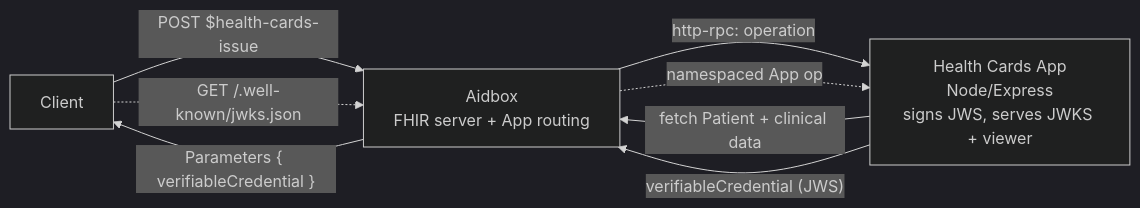
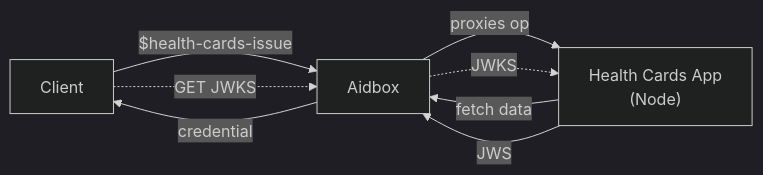
Before and after one commit to Aidbox/examples: the first of 4 diagrams in aidbox-custom-operations/aidbox-health-card-issue/README.md, drawn with Mermaid (dark theme). The commit also changed other lines of this file and 3 other files, not shown here.

First line of the commit message:
health cards: QR EC-level L (<=v22), max compression, prune empties + drop dangling refs

````diff
--- a/aidbox-custom-operations/aidbox-health-card-issue/README.md
+++ b/aidbox-custom-operations/aidbox-health-card-issue/README.md
@@ -14,14 +14,14 @@
 ```mermaid
 flowchart LR
     Client["Client"]
-    Aidbox["Aidbox<br/>FHIR server + App routing"]
-    App["Health Cards App<br/>Node/Express<br/>signs JWS, serves JWKS + viewer"]
+    Aidbox["Aidbox"]
+    App["Health Cards App<br/>(Node)"]
 
-    Client -->|"POST $health-cards-issue"| Aidbox
-    Aidbox -->|"http-rpc: operation"| App
-    App -->|"fetch Patient + clinical data"| Aidbox
-    App -->|"verifiableCredential (JWS)"| Aidbox
-    Aidbox -->|"Parameters { verifiableCredential }"| Client
-    Client -.->|"GET <iss>/.well-known/jwks.json"| Aidbox
-    Aidbox -.->|"namespaced App op"| App
+    Client -->|"$health-cards-issue"| Aidbox
+    Aidbox -->|"proxies op"| App
+    App -->|"fetch data"| Aidbox
+    App -->|"JWS"| Aidbox
+    Aidbox -->|"credential"| Client
+    Client -.->|"GET JWKS"| Aidbox
+    Aidbox -.->|"JWKS"| App
 ```
````
